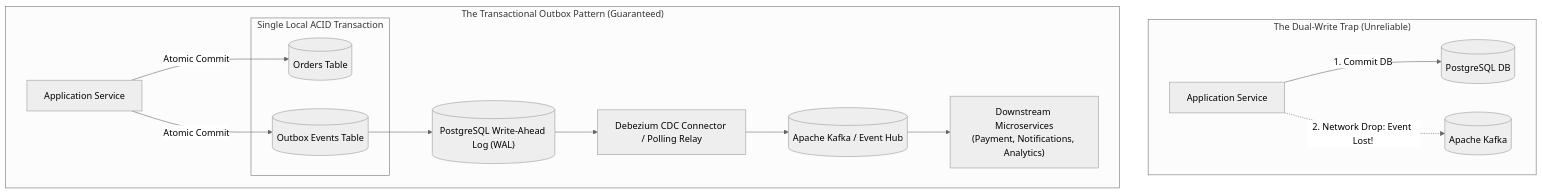
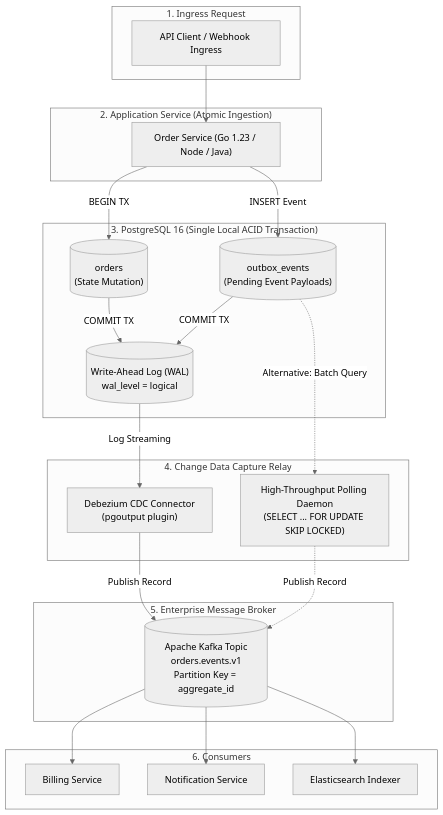
The diagram in docs/system-design/transactional-outbox-cdc/overview.md (software-blueprints-hq/software-blueprints), drawn with Mermaid (neutral theme) before and after one commit. The commit also changed other lines of this file and 11 other files, not shown here.

Commit message:
Add automated CI verification workflow, CLI test suite, verification badges, and upgrade Payment Ledger and Outbox CDC to Level 3 standard

````diff
--- a/docs/system-design/transactional-outbox-cdc/overview.md
+++ b/docs/system-design/transactional-outbox-cdc/overview.md
@@ -19,32 +54,41 @@
 ```mermaid
 flowchart TD
-    subgraph AntiPattern ["The Dual-Write Trap (Unreliable)"]
-        AppFail["Application Service"]
-        DBFail[("PostgreSQL DB")]
-        KafkaFail[("Apache Kafka")]
-        
-        AppFail -->|1. Commit DB| DBFail
-        AppFail -.->|2. Network Drop: Event Lost!| KafkaFail
+    subgraph ClientReq ["1. Ingress Request"]
+        Client["API Client / Webhook Ingress"]
     end
 
-    subgraph OutboxSolution ["The Transactional Outbox Pattern (Guaranteed)"]
-        App["Application Service"]
-        
-        subgraph LocalACID ["Single Local ACID Transaction"]
-            OrdersTable[("Orders Table")]
-            OutboxTable[("Outbox Events Table")]
-        end
-        
-        WAL[("PostgreSQL Write-Ahead Log (WAL)")]
-        Debezium["Debezium CDC Connector / Polling Relay"]
-        Broker[("Apache Kafka / Event Hub")]
-        Consumer["Downstream Microservices\n(Payment, Notifications, Analytics)"]
+    subgraph ServiceLayer ["2. Application Service (Atomic Ingestion)"]
+        Service["Order Service (Go 1.23 / Node / Java)"]
+    end
 
-        App -->|Atomic Commit| OrdersTable
-        App -->|Atomic Commit| OutboxTable
-        OutboxTable --> WAL
-        WAL --> Debezium
-        Debezium --> Broker
-        Broker --> Consumer
+    subgraph LocalACID ["3. PostgreSQL 16 (Single Local ACID Transaction)"]
+        Orders[("orders\n(State Mutation)")]
+        Outbox[("outbox_events\n(Pending Event Payloads)")]
+        WAL[("Write-Ahead Log (WAL)\nwal_level = logical")]
     end
+
+    subgraph StreamingPipeline ["4. Change Data Capture Relay"]
+        Debezium["Debezium CDC Connector\n(pgoutput plugin)"]
+        Relay["High-Throughput Polling Daemon\n(SELECT ... FOR UPDATE SKIP LOCKED)"]
+    end
+
+    subgraph EventBackbone ["5. Enterprise Message Broker"]
+        Kafka[("Apache Kafka Topic\norders.events.v1\nPartition Key = aggregate_id")]
+    end
+
+    subgraph Downstream ["6. Consumers"]
+        Billing["Billing Service"]
+        Notif["Notification Service"]
+        Search["Elasticsearch Indexer"]
+    end
+
+    Client --> Service
+    Service -->|BEGIN TX| Orders
+    Service -->|INSERT Event| Outbox
+    Orders & Outbox -->|COMMIT TX| WAL
+    WAL -->|Log Streaming| Debezium
+    Outbox -.->|Alternative: Batch Query| Relay
+    Debezium -->|Publish Record| Kafka
+    Relay -.->|Publish Record| Kafka
+    Kafka --> Billing & Notif & Search
 ```
````
